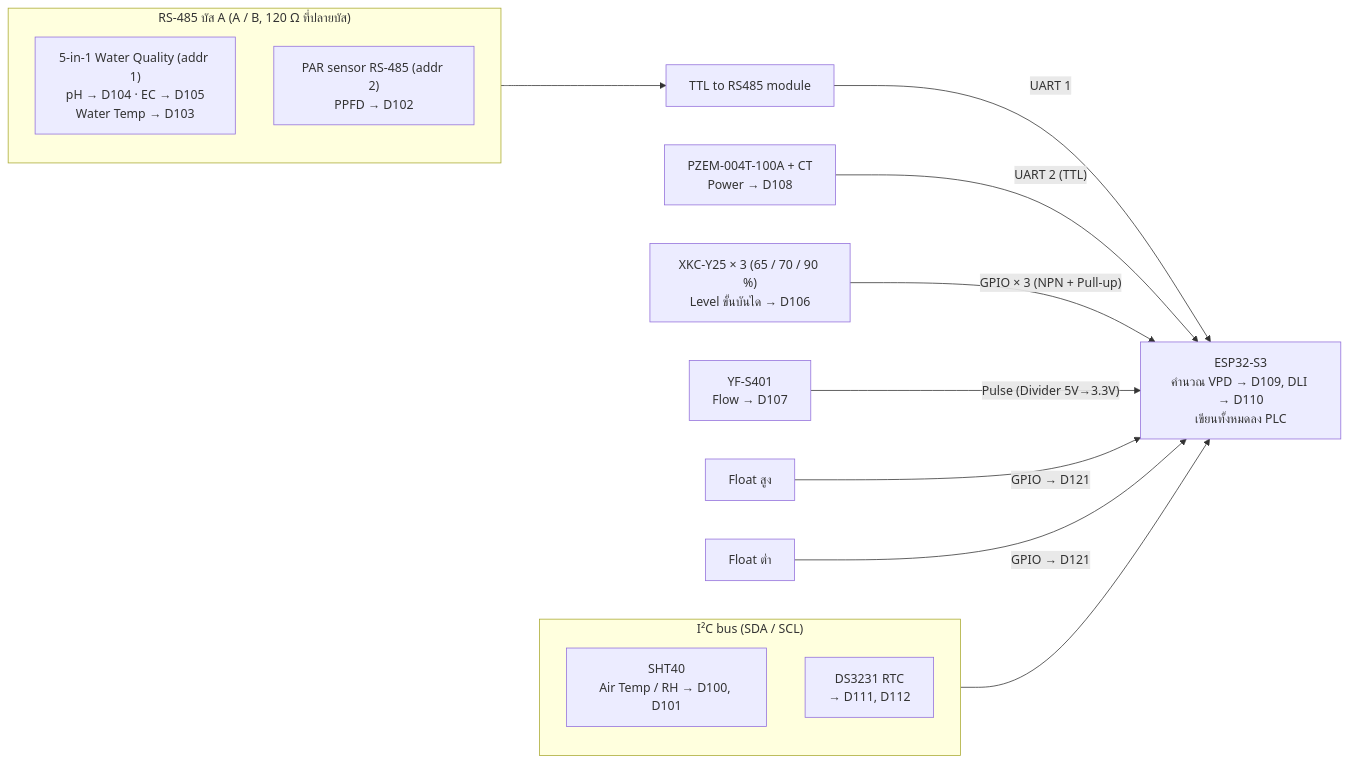
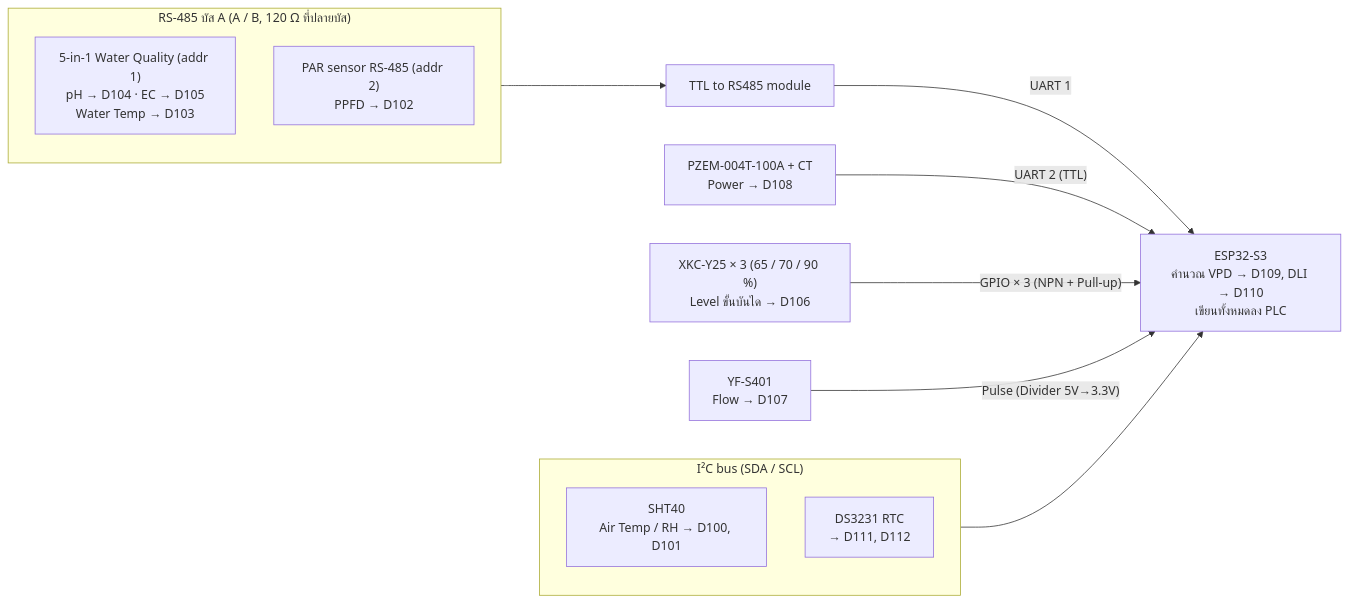
One commit to aplab-workshop/green-oak-plant-lab changed the second of 4 diagrams in docs/HARDWARE-FLOW.md. Above: the diagram before and after it, drawn with Mermaid. The commit also changed other lines of this file and 4 other files, not shown here.

````diff
--- a/docs/HARDWARE-FLOW.md
+++ b/docs/HARDWARE-FLOW.md
@@ -39,22 +39,20 @@
 ```mermaid
 flowchart LR
     subgraph BUSA["RS-485 บัส A (A / B, 120 Ω ที่ปลายบัส)"]
         WQ["5-in-1 Water Quality (addr 1)<br/>pH → D104 · EC → D105<br/>Water Temp → D103"]
         PAR["PAR sensor RS-485 (addr 2)<br/>PPFD → D102"]
     end
     BUSA --> RS485["TTL to RS485 module"]
 
     subgraph I2C["I²C bus (SDA / SCL)"]
         SHT["SHT40<br/>Air Temp / RH → D100, D101"]
         RTC["DS3231 RTC<br/>→ D111, D112"]
     end
 
     MCU["ESP32-S3<br/>คำนวณ VPD → D109, DLI → D110<br/>เขียนทั้งหมดลง PLC"]
     RS485 -- "UART 1" --> MCU
     PZEM["PZEM-004T-100A + CT<br/>Power → D108"] -- "UART 2 (TTL)" --> MCU
     I2C --> MCU
     XKC["XKC-Y25 × 3 (65 / 70 / 90 %)<br/>Level ขั้นบันได → D106"] -- "GPIO × 3 (NPN + Pull-up)" --> MCU
     FLOW["YF-S401<br/>Flow → D107"] -- "Pulse (Divider 5V→3.3V)" --> MCU
-    FLH["Float สูง"] -- "GPIO → D121" --> MCU
-    FLL["Float ต่ำ"] -- "GPIO → D121" --> MCU
 ```
````
